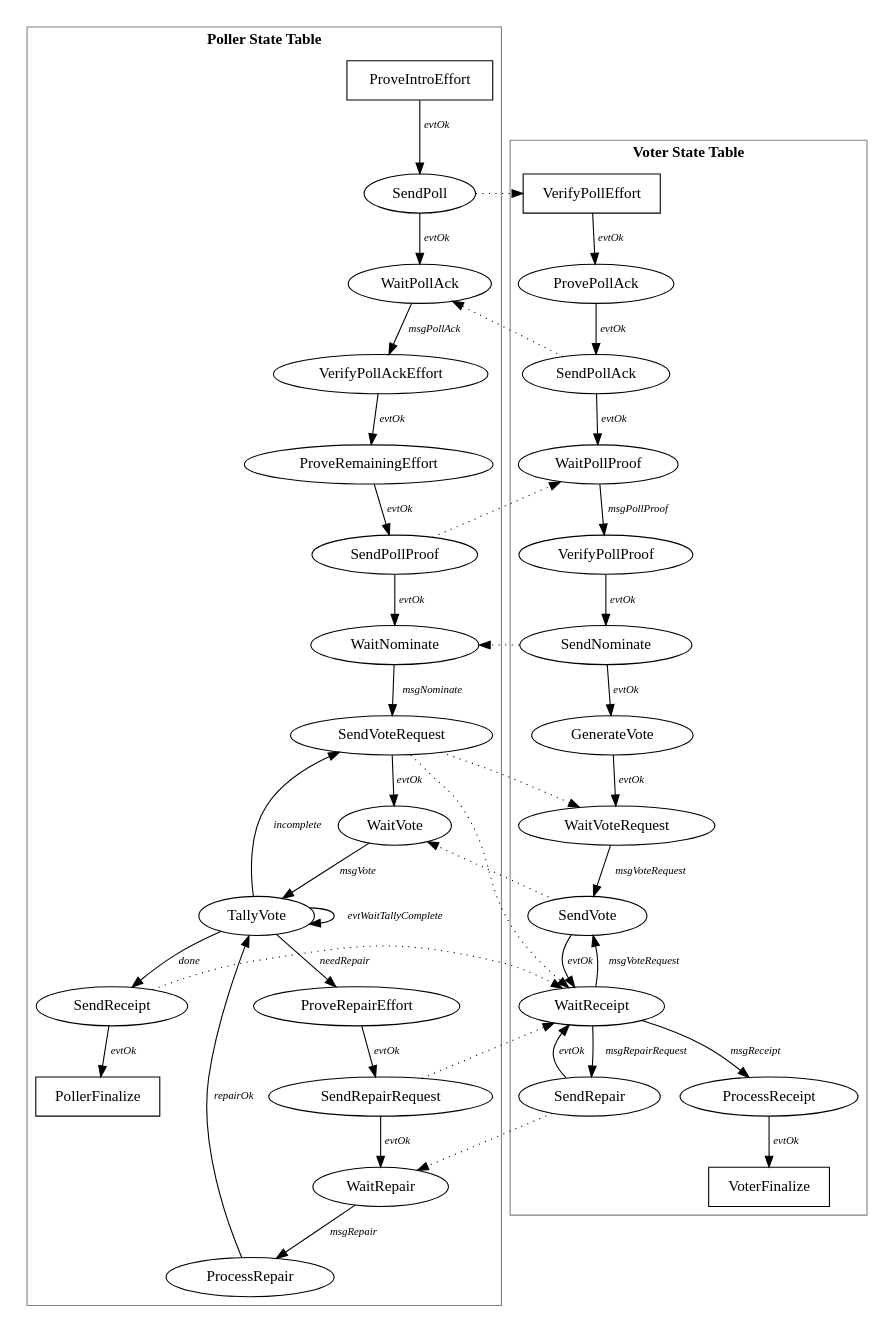
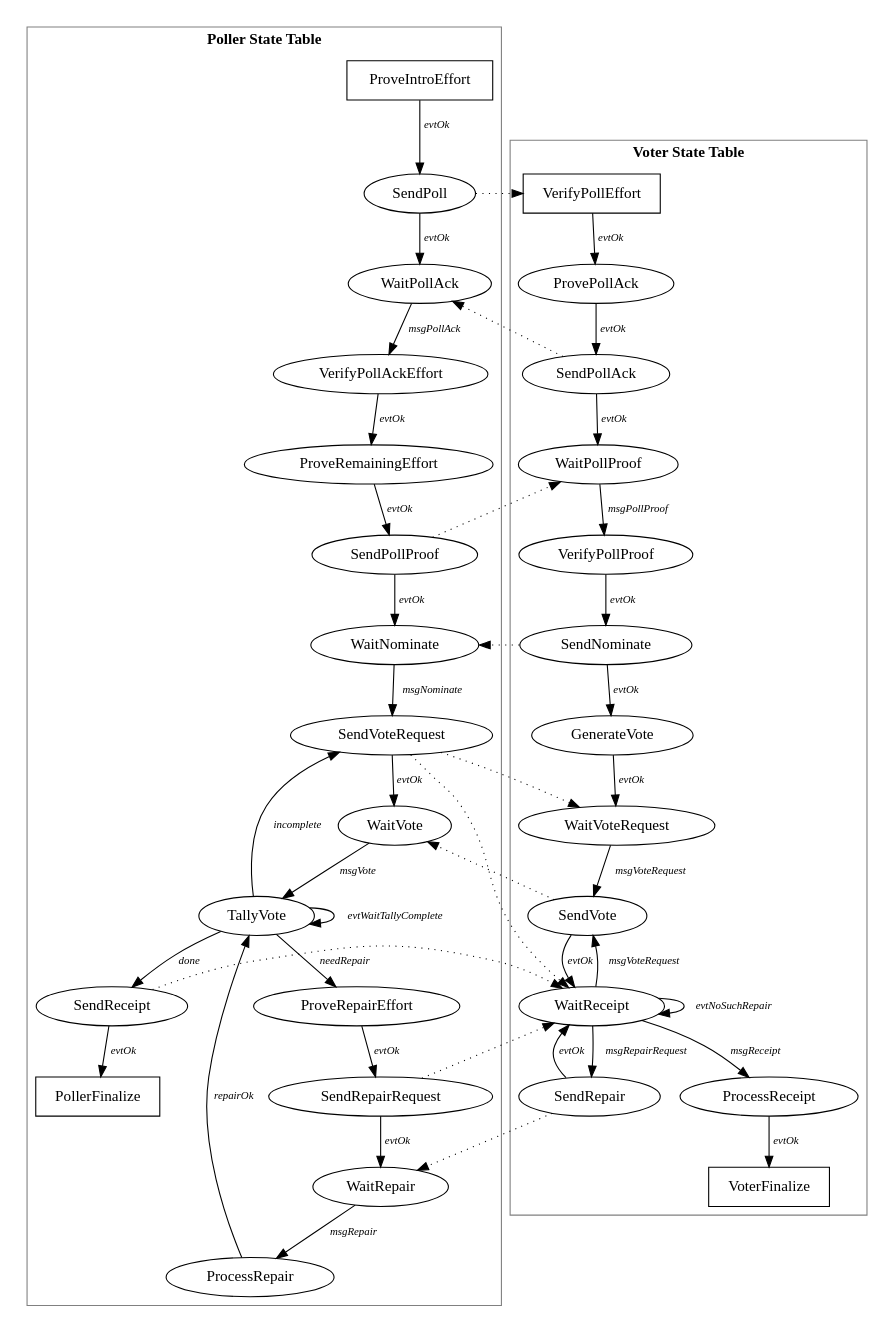
The diagram in src/org/lockss/poller/v3/states.dot (fkautz/cmusv-practicum), drawn with Graphviz before and after one commit. The commit also changed 23 other files, not shown here.

```diff
--- a/src/org/lockss/poller/v3/states.dot
+++ b/src/org/lockss/poller/v3/states.dot
@@ -1,110 +1,111 @@
 /* -*- Mode: C -*- */
 /*
  * $Id$
  */
 /*
 Copyright (c) 2000-2005 Board of Trustees of Leland Stanford Jr. University,
 all rights reserved.
 
 Permission is hereby granted, free of charge, to any person obtaining a copy
 of this software and associated documentation files (the "Software"), to deal
 in the Software without restriction, including without limitation the rights
 to use, copy, modify, merge, publish, distribute, sublicense, and/or sell
 copies of the Software, and to permit persons to whom the Software is
 furnished to do so, subject to the following conditions:
 
 The above copyright notice and this permission notice shall be included in
 all copies or substantial portions of the Software.
 
 THE SOFTWARE IS PROVIDED "AS IS", WITHOUT WARRANTY OF ANY KIND, EXPRESS OR
 IMPLIED, INCLUDING BUT NOT LIMITED TO THE WARRANTIES OF MERCHANTABILITY,
 FITNESS FOR A PARTICULAR PURPOSE AND NONINFRINGEMENT.  IN NO EVENT SHALL
 STANFORD UNIVERSITY BE LIABLE FOR ANY CLAIM, DAMAGES OR OTHER LIABILITY,
 WHETHER IN AN ACTION OF CONTRACT, TORT OR OTHERWISE, ARISING FROM, OUT OF OR
 IN CONNECTION WITH THE SOFTWARE OR THE USE OR OTHER DEALINGS IN THE SOFTWARE.
 
 Except as contained in this notice, the name of Stanford University shall not
 be used in advertising or otherwise to promote the sale, use or other dealings
 in this Software without prior written authorization from Stanford University.
 */
 
 /*
  * State diagrams of V3 polling protocol.
  *
  * To generate postscript, run    dot -Tps -o <outfile>.ps states.dot
  */
 
 digraph StateMachine {
   edge [fontname="Times-Italic"];
   node [fontname="Times-Roman"];
 
   subgraph cluster0 {
     color=grey;
     fontname="Times-Bold";
     fontsize="14";
     label="Poller State Table";
 
     ProveIntroEffort [shape=box];
     PollerFinalize [shape=box];
 
     ProveIntroEffort -> SendPoll [label="evtOk",fontsize="10"];
     SendPoll -> WaitPollAck [label="evtOk",fontsize="10"];
     WaitPollAck -> VerifyPollAckEffort [label="msgPollAck",fontsize="10"];
     VerifyPollAckEffort -> ProveRemainingEffort [label="evtOk",fontsize="10"];
     ProveRemainingEffort -> SendPollProof [label="evtOk",fontsize="10"];
     SendPollProof -> WaitNominate [label="evtOk",fontsize="10"];
     WaitNominate -> SendVoteRequest [label="msgNominate",fontsize="10"];
     WaitVote -> TallyVote [label="msgVote",fontsize="10"];
     TallyVote -> TallyVote [label="evtWaitTallyComplete",fontsize="10"];
     TallyVote -> SendVoteRequest [label="incomplete",fontsize="10"];
     SendVoteRequest -> WaitVote [label="evtOk",fontsize="10"];
     TallyVote -> ProveRepairEffort [label="needRepair",fontsize="10"];
     TallyVote -> SendReceipt [label="done",fontsize="10"];
     ProveRepairEffort -> SendRepairRequest [label="evtOk",fontsize="10"];
     SendRepairRequest -> WaitRepair [label="evtOk",fontsize="10"];
     WaitRepair -> ProcessRepair [label="msgRepair",fontsize="10"];
     ProcessRepair -> TallyVote [label="repairOk",fontsize="10"];
     SendReceipt -> PollerFinalize [label="evtOk",fontsize="10"];
   }
 
   subgraph cluster1 {
     color=grey;
     fontname="Times-Bold";
     fontsize="14";
     label="Voter State Table";
 
     VerifyPollEffort [shape=box];
     VoterFinalize [shape=box];
 
     VerifyPollEffort -> ProvePollAck [label="evtOk",fontsize="10"];
     ProvePollAck -> SendPollAck [label="evtOk",fontsize="10"];
     SendPollAck -> WaitPollProof [label="evtOk",fontsize="10"];
     WaitPollProof -> VerifyPollProof [label="msgPollProof",fontsize="10"];
     VerifyPollProof -> SendNominate [label="evtOk",fontsize="10"];
     SendNominate -> GenerateVote [label="evtOk",fontsize="10"];   
     GenerateVote -> WaitVoteRequest [label="evtOk",fontsize="10"];
     WaitVoteRequest -> SendVote [label="msgVoteRequest",fontsize="10"];
     SendVote -> WaitReceipt [label="evtOk",fontsize="10"];
     WaitReceipt -> SendVote [label="msgVoteRequest",fontsize="10"];
     WaitReceipt -> SendRepair [label="msgRepairRequest",fontsize="10"];
     WaitReceipt -> ProcessReceipt [label="msgReceipt",fontsize="10"];
+    WaitReceipt -> WaitReceipt [label="evtNoSuchRepair",fontsize="10"];
     SendRepair -> WaitReceipt [label="evtOk",fontsize="10"];
     ProcessReceipt -> VoterFinalize [label="evtOk",fontsize="10"];
   }
 
   center=true;
 
   page="8.5,11";
   size="7.5,10";
 
   SendPoll -> VerifyPollEffort [style=dotted];
   SendPollAck -> WaitPollAck [style=dotted];
   SendNominate -> WaitNominate [style=dotted];
   SendVote -> WaitVote [style=dotted];
   SendVoteRequest -> WaitVoteRequest [style=dotted];
   SendVoteRequest -> WaitReceipt [style=dotted];
   SendPollProof -> WaitPollProof [style=dotted];
   SendReceipt -> WaitReceipt [style=dotted];
   SendRepairRequest -> WaitReceipt [style=dotted];
   SendRepair -> WaitRepair [style=dotted];
 }
```
